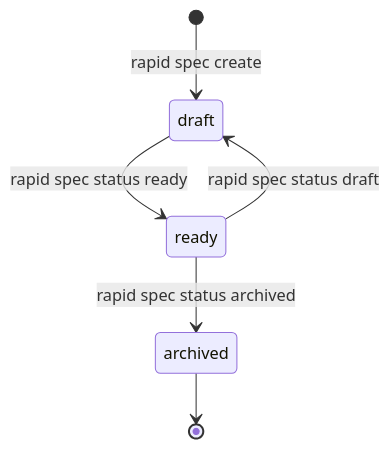
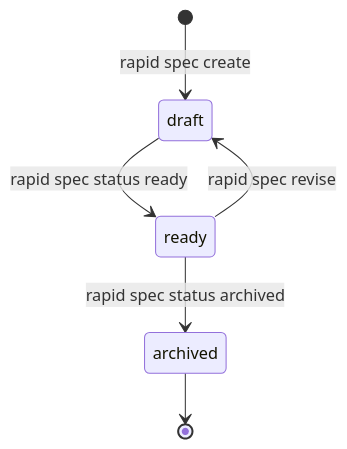
One commit to alyconr/Rapid-OS changed the diagram in docs/getting-started/first-spec.md. Above: the diagram before and after it, drawn with Mermaid. The commit also changed other lines of this file and 24 other files, not shown here.

````diff
--- a/docs/getting-started/first-spec.md
+++ b/docs/getting-started/first-spec.md
@@ -80,8 +76,8 @@
 ```mermaid
 stateDiagram-v2
     [*] --> draft: rapid spec create
     draft --> ready: rapid spec status <id> ready
-    ready --> draft: rapid spec status <id> draft
+    ready --> draft: rapid spec revise
     ready --> archived: rapid spec status <id> archived
     archived --> [*]
 ```
````
